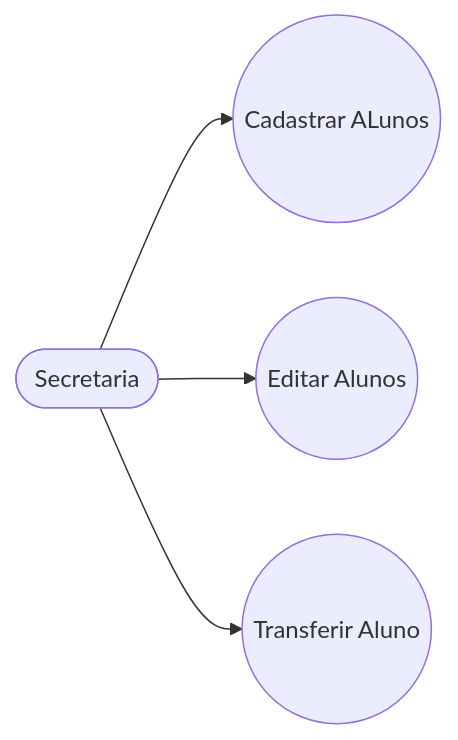
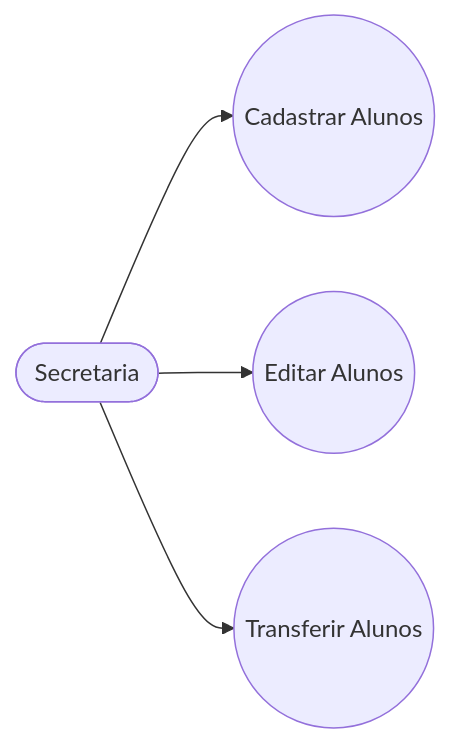
The first of 4 diagrams in README.md (Emanuella19/universidade2), drawn with Mermaid before and after one commit. The commit also changed other lines of this file and 1 other file, not shown here.

````diff
--- a/README.md
+++ b/README.md
@@ -6,10 +7,12 @@
 ```mermaid
 flowchart LR
-    Usuario([Secretaria])
-    UC1((Cadastrar ALunos))
+    Usuário([Secretaria])
+ 
+    UC1((Cadastrar Alunos))
     UC2((Editar Alunos))
-    UC3((Transferir Aluno))
-    Usuario --> UC1
-    Usuario --> UC2
-    Usuario --> UC3
+    UC3((Transferir Alunos))
+ 
+    Usuário --> UC1
+    Usuário --> UC2
+    Usuário --> UC3
 ```
````
